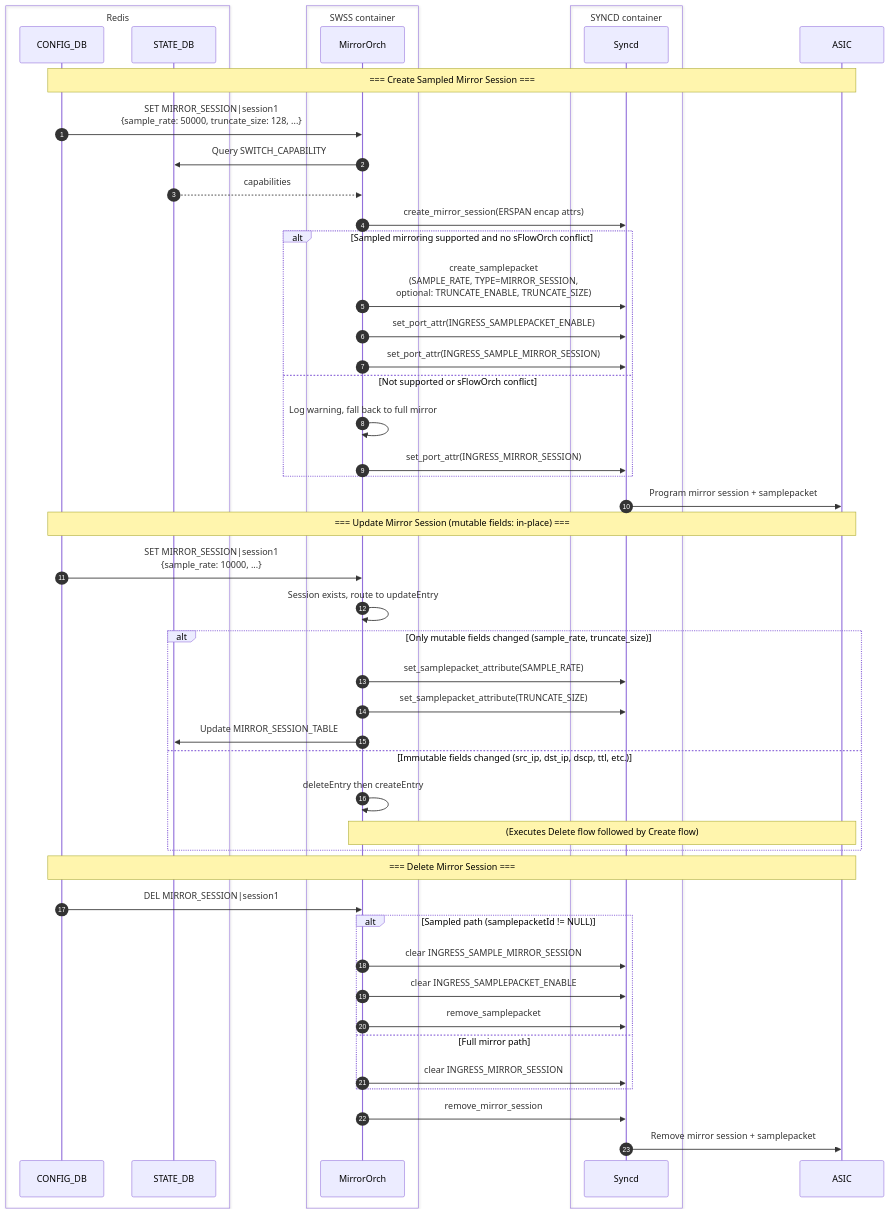
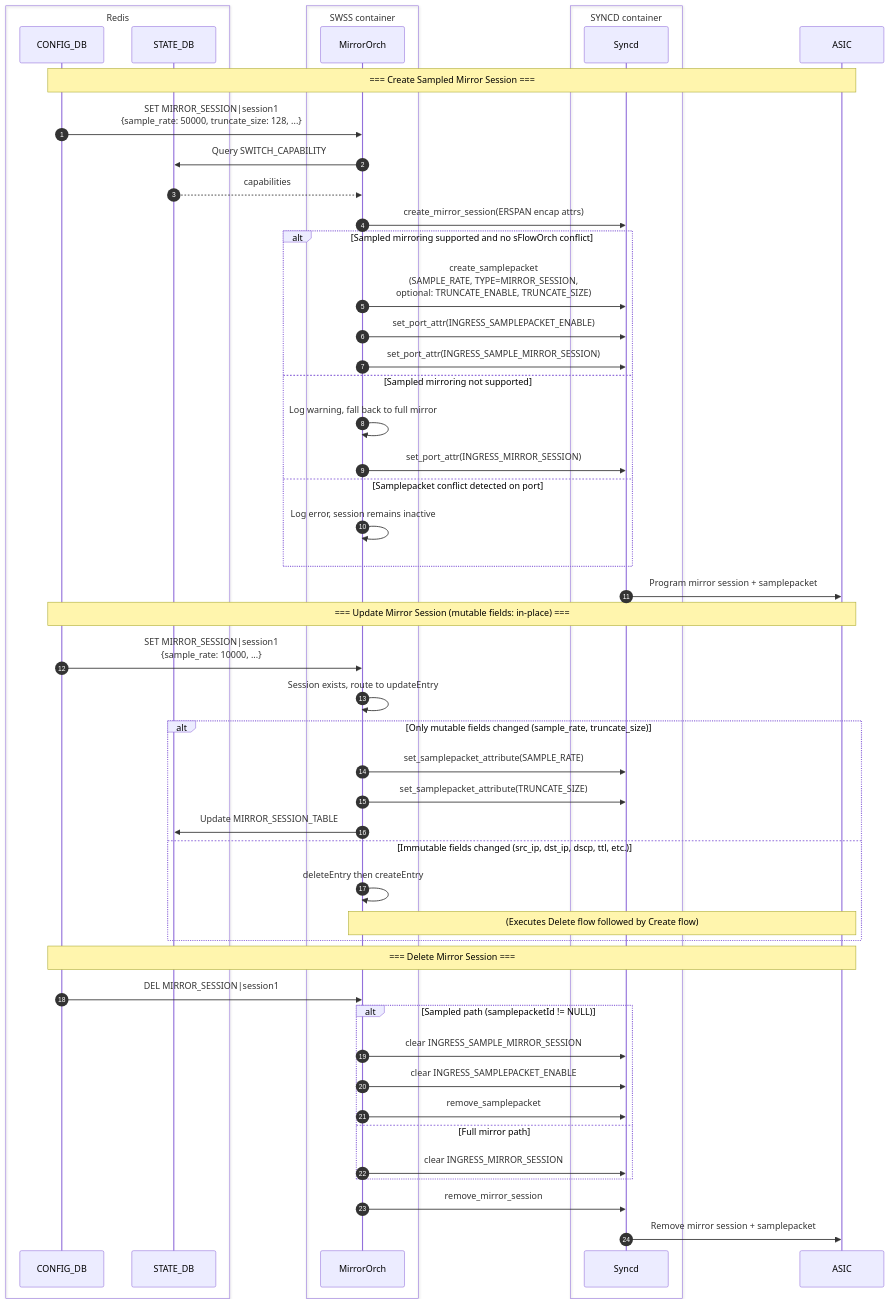
Before and after one commit to sonic-net/SONiC: the third of 3 diagrams in doc/port-mirroring/SONiC_Port_Mirroring_HLD.md, drawn with Mermaid. The commit also changed other lines of this file, not shown here.

Commit message:
Update HLD: align conflict detection and fallback behavior with code
Separate sequence diagram branches for unsupported platform (fallback
to full mirror) vs samplepacket conflict (reject activation). Update
conflict detection section to reflect both MirrorOrch and sFlowOrch
perform the check.

````diff
--- a/doc/port-mirroring/SONiC_Port_Mirroring_HLD.md
+++ b/doc/port-mirroring/SONiC_Port_Mirroring_HLD.md
@@ -761,51 +761,53 @@
 ```mermaid
 sequenceDiagram
      autonumber
      box Redis
          participant config_db as CONFIG_DB
          participant state_db as STATE_DB
      end
      box SWSS container
          participant mirror_orch as MirrorOrch
      end
      box SYNCD container
          participant syncd as Syncd
      end
      participant asic as ASIC
      Note over config_db,asic: === Create Sampled Mirror Session ===
      config_db ->> mirror_orch: SET MIRROR_SESSION|session1<br/>{sample_rate: 50000, truncate_size: 128, ...}
      mirror_orch ->> state_db: Query SWITCH_CAPABILITY
      state_db -->> mirror_orch: capabilities
      mirror_orch ->> syncd: create_mirror_session(ERSPAN encap attrs)
      alt Sampled mirroring supported and no sFlowOrch conflict
          mirror_orch ->> syncd: create_samplepacket<br/>(SAMPLE_RATE, TYPE=MIRROR_SESSION,<br/>optional: TRUNCATE_ENABLE, TRUNCATE_SIZE)
          mirror_orch ->> syncd: set_port_attr(INGRESS_SAMPLEPACKET_ENABLE)
          mirror_orch ->> syncd: set_port_attr(INGRESS_SAMPLE_MIRROR_SESSION)
-     else Not supported or sFlowOrch conflict
+     else Sampled mirroring not supported
          mirror_orch ->> mirror_orch: Log warning, fall back to full mirror
          mirror_orch ->> syncd: set_port_attr(INGRESS_MIRROR_SESSION)
+     else Samplepacket conflict detected on port
+         mirror_orch ->> mirror_orch: Log error, session remains inactive
      end
      syncd ->> asic: Program mirror session + samplepacket
      Note over config_db,asic: === Update Mirror Session (mutable fields: in-place) ===
      config_db ->> mirror_orch: SET MIRROR_SESSION|session1<br/>{sample_rate: 10000, ...}
      mirror_orch ->> mirror_orch: Session exists, route to updateEntry
      alt Only mutable fields changed (sample_rate, truncate_size)
          mirror_orch ->> syncd: set_samplepacket_attribute(SAMPLE_RATE)
          mirror_orch ->> syncd: set_samplepacket_attribute(TRUNCATE_SIZE)
          mirror_orch ->> state_db: Update MIRROR_SESSION_TABLE
      else Immutable fields changed (src_ip, dst_ip, dscp, ttl, etc.)
          mirror_orch ->> mirror_orch: deleteEntry then createEntry
          Note over mirror_orch,asic: (Executes Delete flow followed by Create flow)
      end
      Note over config_db,asic: === Delete Mirror Session ===
      config_db ->> mirror_orch: DEL MIRROR_SESSION|session1
      alt Sampled path (samplepacketId != NULL)
          mirror_orch ->> syncd: clear INGRESS_SAMPLE_MIRROR_SESSION
          mirror_orch ->> syncd: clear INGRESS_SAMPLEPACKET_ENABLE
          mirror_orch ->> syncd: remove_samplepacket
      else Full mirror path
          mirror_orch ->> syncd: clear INGRESS_MIRROR_SESSION
      end
      mirror_orch ->> syncd: remove_mirror_session
      syncd ->> asic: Remove mirror session + samplepacket
 ```
````
